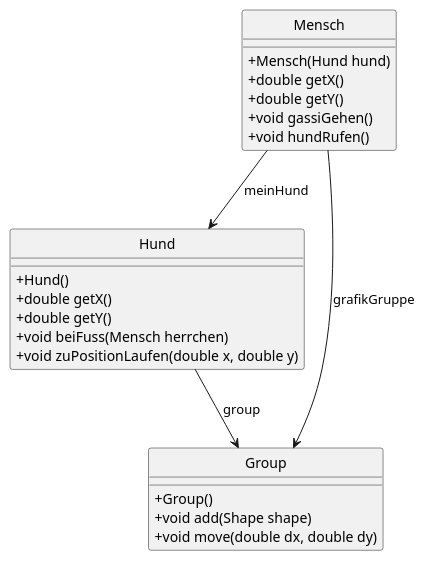
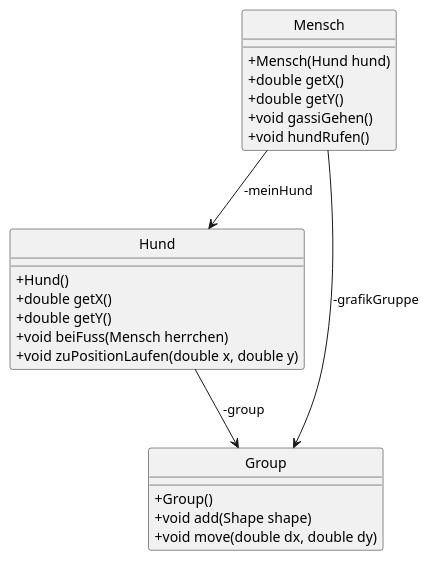
Before and after one commit to Blockly2Java/Gassi_solution: the diagram in README.md, drawn with PlantUML. The commit also changed other lines of this file and 1 other file, not shown here.

Commit message:
Fix calculation of distance in Hund class by using correct Y coordinate getter

```diff
--- a/README.md
+++ b/README.md
@@ -14,32 +15,32 @@
 @startuml Gassi Klassendiagramm
 
 skinparam classAttributeIconSize 0
 hide circle
 hide empty methods
 
 class Mensch {
     + Mensch(Hund hund)
     + double getX()
     + double getY()
     + void gassiGehen()
     + void hundRufen()
 }
 
 class Hund {
     + Hund()
     + double getX()
     + double getY()
     + void beiFuss(Mensch herrchen)
     + void zuPositionLaufen(double x, double y)
 }
 
 class Group {
     + Group()
     + void add(Shape shape)
     + void move(double dx, double dy)
 }
 
-Mensch --> Hund : meinHund
-Mensch --> Group : grafikGruppe
-Hund --> Group : group
+Mensch --> Hund : -meinHund
+Mensch --> Group : -grafikGruppe
+Hund --> Group : -group
 @enduml
```
